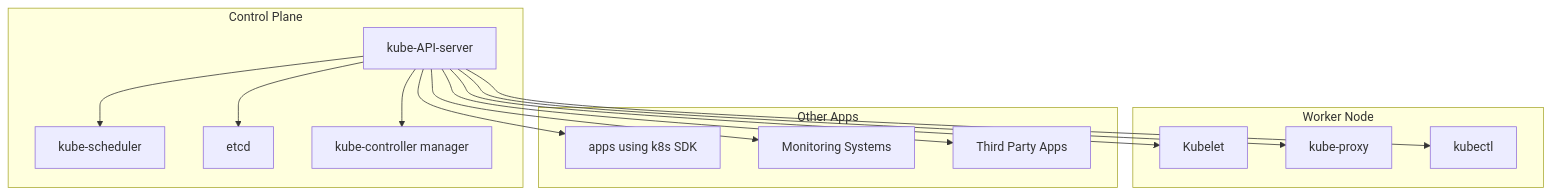
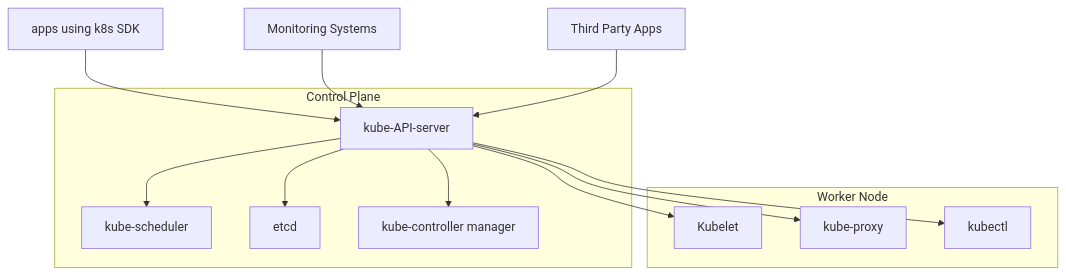
Before and after one commit to 007chiragshah/tucana: the first of 2 diagrams in Architecture_Overview.md, drawn with Mermaid.

````diff
--- a/Architecture_Overview.md
+++ b/Architecture_Overview.md
@@ -20,31 +20,27 @@
   ```mermaid 
   graph TD
     subgraph "Control Plane"
         A[kube-API-server]
         B[kube-scheduler]
         D[etcd]
         E[kube-controller manager]
     end
 
     subgraph "Worker Node"
         F[Kubelet]
         G[kube-proxy]
         H[kubectl]
     end
 
-    subgraph "Other Apps"
-        J[apps using k8s SDK]
-        K[Monitoring Systems]
-        L[Third Party Apps]
-    end
-
     A --> B
     A --> D
     A --> E
     A --> F
     A --> G
     A --> H
-    A --> J
-    A --> K
-    A --> L
+
+    J[apps using k8s SDK] --> A
+    K[Monitoring Systems] --> A
+    L[Third Party Apps] --> A
+
   ```
````
